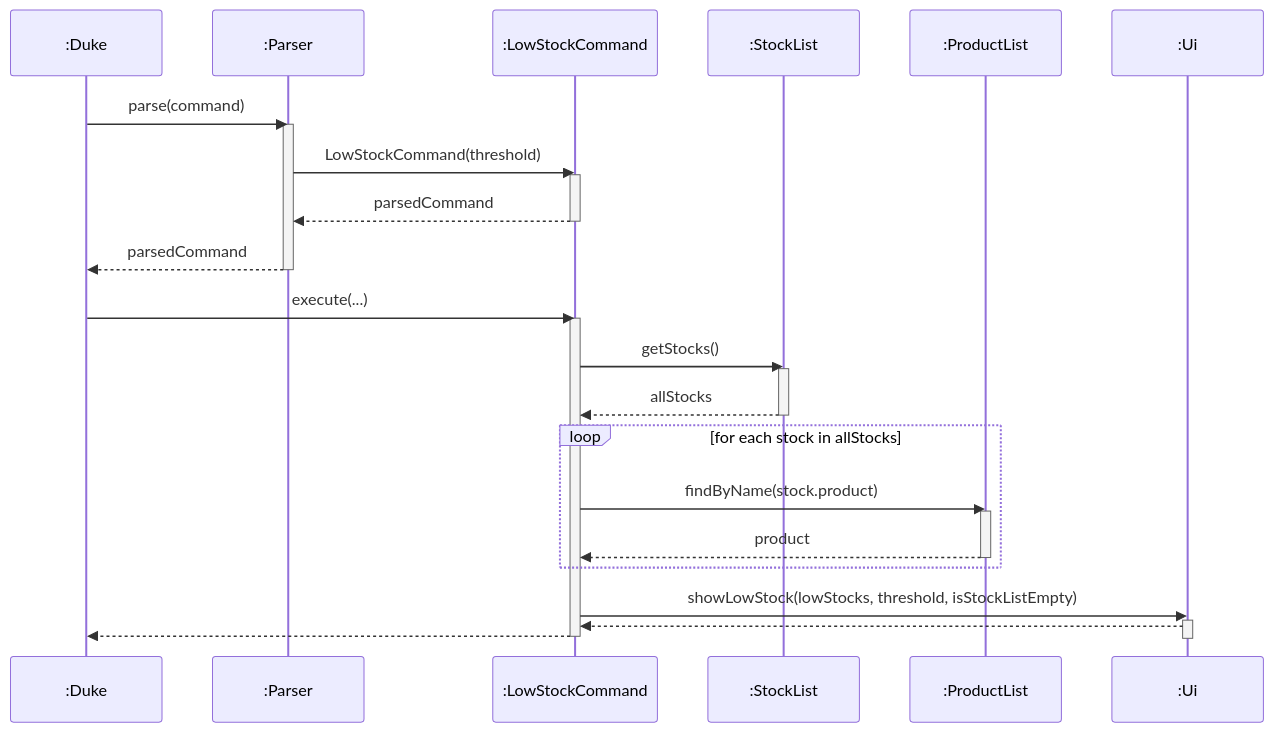
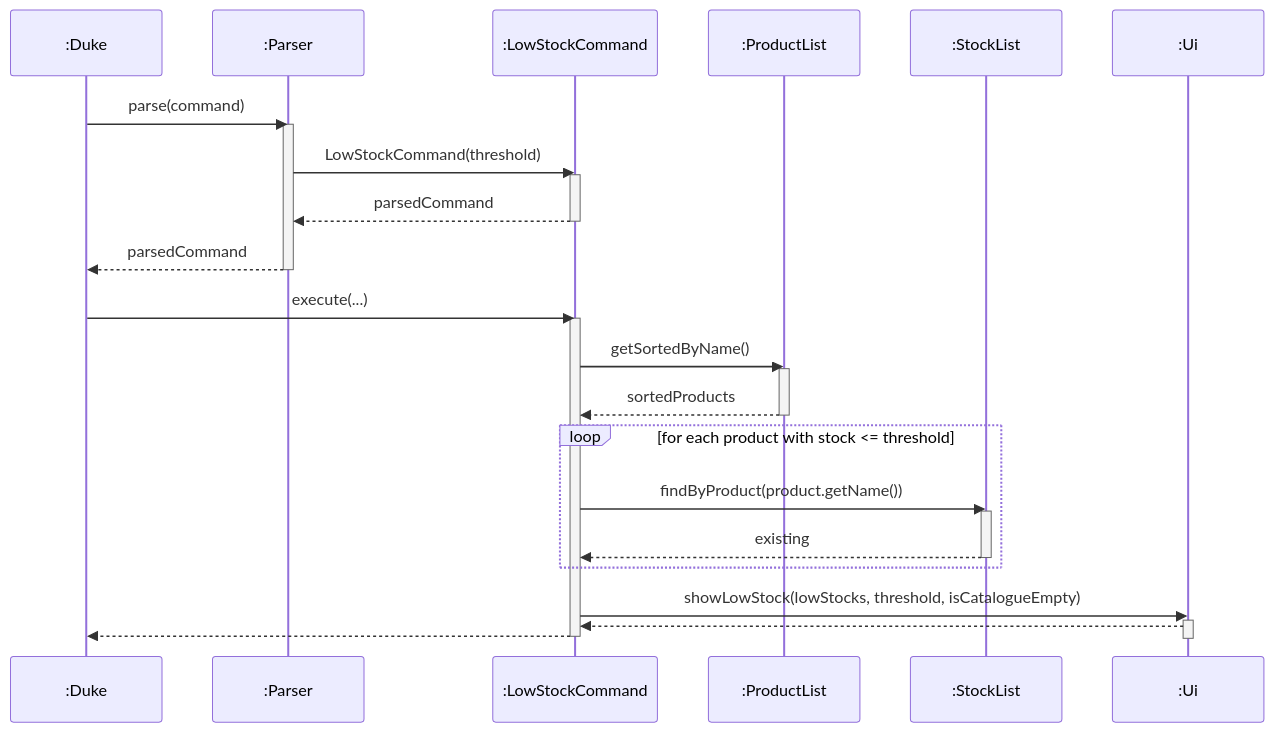
The diagram in docs/diagrams/stock-low-sequence.mmd (AY2627S1-CS2113-T11-1/tp), drawn with Mermaid before and after one commit. The commit also changed 2 other files, not shown here.

Commit message:
Update stock low diagram

```diff
--- a/docs/diagrams/stock-low-sequence.mmd
+++ b/docs/diagrams/stock-low-sequence.mmd
@@ -1,39 +1,39 @@
 sequenceDiagram
     participant D as :Duke
     participant P as :Parser
     participant C as :LowStockCommand
+    participant PL as :ProductList
     participant SL as :StockList
-    participant PL as :ProductList
     participant U as :Ui
 
     D->>P: parse(command)
     activate P
     P->>C: LowStockCommand(threshold)
     activate C
     C-->>P: parsedCommand
     deactivate C
     P-->>D: parsedCommand
     deactivate P
 
     D->>C: execute(...)
     activate C
 
-    C->>SL: getStocks()
-    activate SL
-    SL-->>C: allStocks
-    deactivate SL
+    C->>PL: getSortedByName()
+    activate PL
+    PL-->>C: sortedProducts
+    deactivate PL
 
-    loop for each stock in allStocks
-        C->>PL: findByName(stock.product)
-        activate PL
-        PL-->>C: product
-        deactivate PL
+    loop for each product with stock <= threshold
+        C->>SL: findByProduct(product.getName())
+        activate SL
+        SL-->>C: existing
+        deactivate SL
     end
 
-    C->>U: showLowStock(lowStocks, threshold, isStockListEmpty)
+    C->>U: showLowStock(lowStocks, threshold, isCatalogueEmpty)
     activate U
     U-->>C: 
     deactivate U
 
     C-->>D: 
     deactivate C
```
